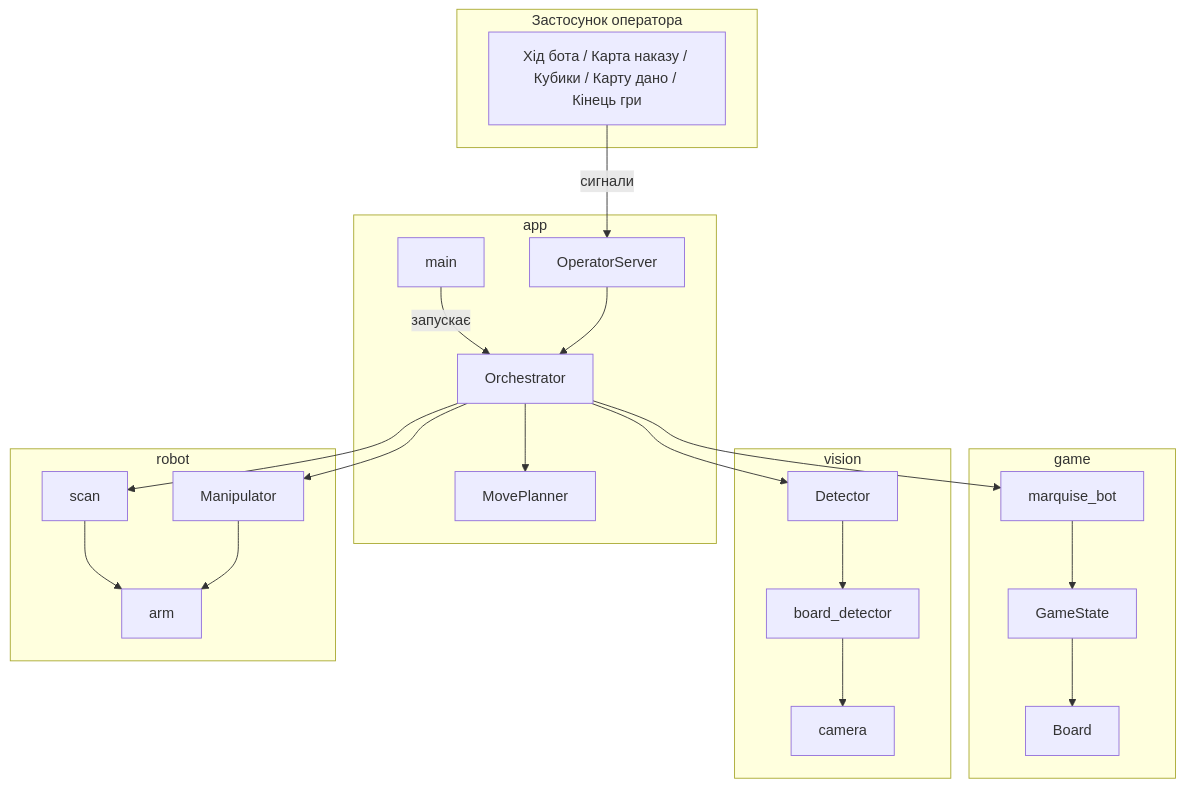
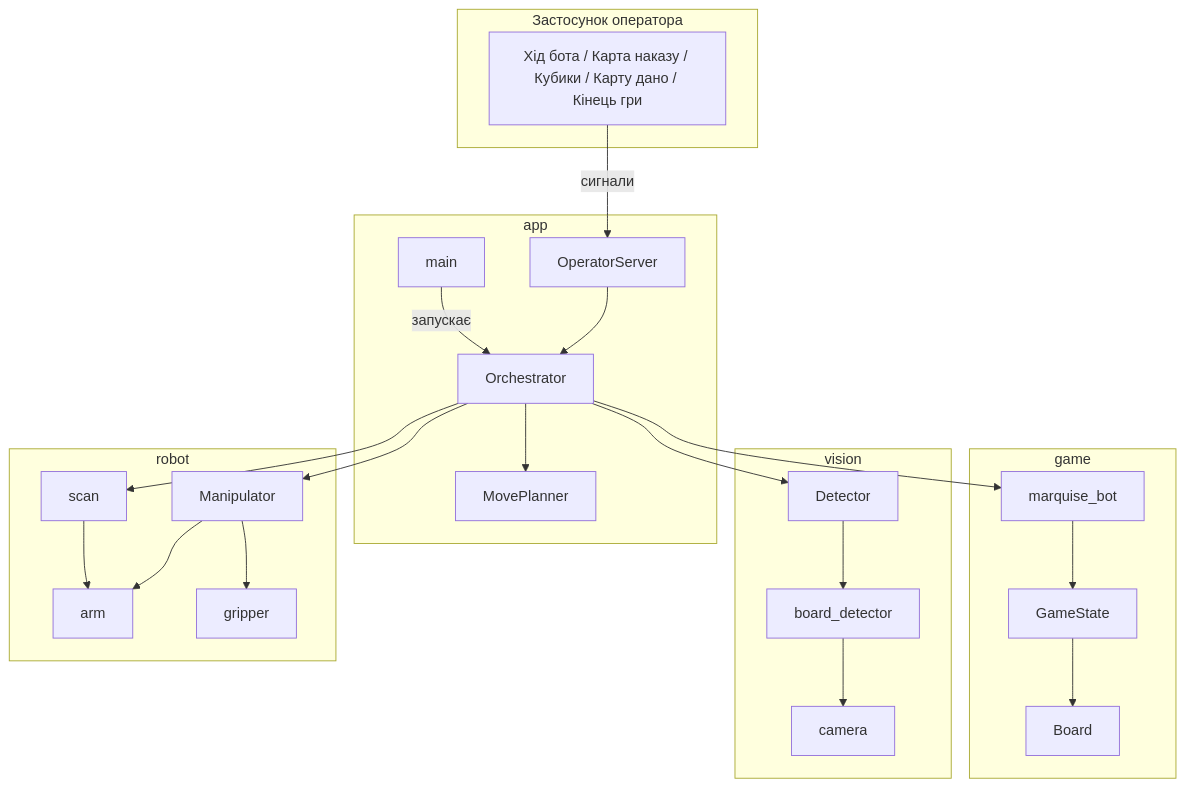
One commit to olenakshyk/RootBot67 changed the first of 2 diagrams in docs/architecture.md. Above: the diagram before and after it, drawn with Mermaid. The commit also changed other lines of this file and 5 other files, not shown here.

````diff
--- a/docs/architecture.md
+++ b/docs/architecture.md
@@ -13,39 +13,41 @@
 ```mermaid
 flowchart TB
     subgraph opapp [Застосунок оператора]
         BTN[Хід бота / Карта наказу / Кубики / Карту дано / Кінець гри]
     end
     subgraph app [app]
         MAIN[main]
         SRV[OperatorServer]
         LOOP[Orchestrator]
         MP[MovePlanner]
     end
     subgraph game [game]
         BOT[marquise_bot]
         STATE[GameState]
         BOARD[Board]
     end
     subgraph vision [vision]
         PD[Detector]
         BD[board_detector]
         CAMV[camera]
     end
     subgraph robot [robot]
         SC[scan]
         PP[Manipulator]
         ARM[arm]
+        GR[gripper]
     end
 
     MAIN -- запускає --> LOOP
     BTN -- сигнали --> SRV --> LOOP
     LOOP --> MP
     LOOP --> BOT
     LOOP --> SC
     LOOP --> PD
     LOOP --> PP
     PD --> BD --> CAMV
     SC --> ARM
     PP --> ARM
+    PP --> GR
     BOT --> STATE --> BOARD
 ```
````
